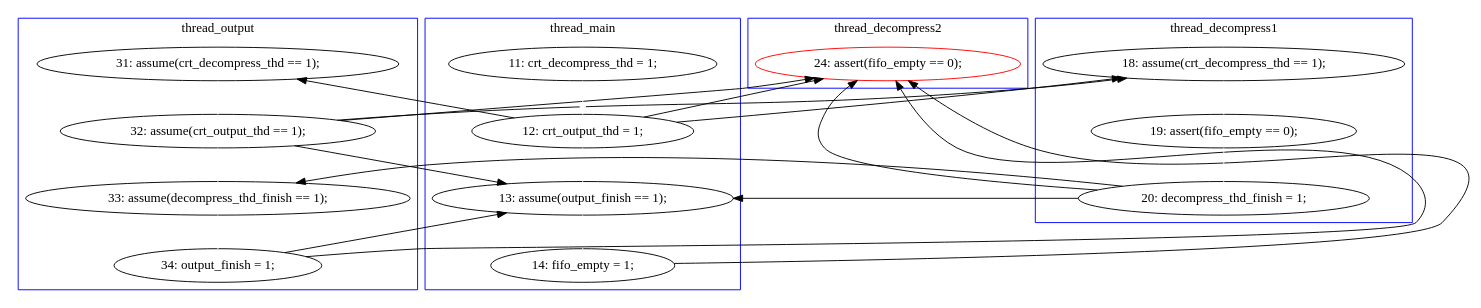
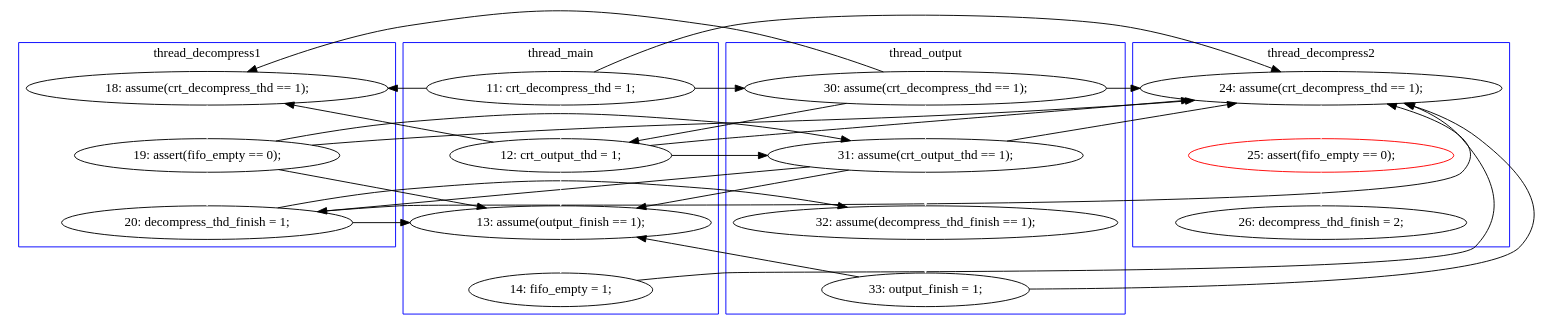
The diagram in pbzip2.mixed/B-1-graph-begin.dot (hylhp/cav14-model), drawn with Graphviz before and after one commit. The commit also changed 23 other files, not shown here.

```diff
--- a/pbzip2.mixed/B-1-graph-begin.dot
+++ b/pbzip2.mixed/B-1-graph-begin.dot
@@ -1,50 +1,63 @@
 digraph Counterexample {
-	12 -> 14 [color = white, style = solid]
-	10 -> 12 [color = black, style = solid, constraint = false]
+	22 -> 23 [color = black, style = solid, constraint = false]
+	18 -> 21 [color = black, style = solid, constraint = false]
+	20 -> 21 [color = black, style = solid, constraint = false]
+	11 -> 17 [color = white, style = solid]
+	11 -> 12 [color = black, style = solid, constraint = false]
+	20 -> 23 [color = black, style = solid, constraint = false]
 	17 -> 23 [color = black, style = solid, constraint = false]
-	14 -> 23 [color = black, style = solid, constraint = false]
-	10 -> 32 [color = black, style = solid, constraint = false]
-	14 -> 15 [color = black, style = solid, constraint = false]
-	20 -> 23 [color = black, style = solid, constraint = false]
-	25 -> 32 [color = black, style = solid, constraint = false]
-	17 -> 32 [color = black, style = solid, constraint = false]
+	17 -> 19 [color = white, style = solid]
 	19 -> 20 [color = white, style = solid]
-	16 -> 17 [color = white, style = solid]
-	14 -> 32 [color = black, style = solid, constraint = false]
-	20 -> 32 [color = black, style = solid, constraint = false]
-	15 -> 16 [color = white, style = solid]
+	9 -> 11 [color = black, style = solid, constraint = false]
+	16 -> 18 [color = white, style = solid]
+	17 -> 21 [color = black, style = solid, constraint = false]
+	18 -> 23 [color = black, style = solid, constraint = false]
+	16 -> 17 [color = black, style = solid, constraint = false]
+	17 -> 18 [color = black, style = solid, constraint = false]
 	23 -> 25 [color = white, style = solid]
-	17 -> 19 [color = black, style = solid, constraint = false]
-	10 -> 23 [color = white, style = solid]
-	9 -> 10 [color = white, style = solid]
-	10 -> 15 [color = black, style = solid, constraint = false]
-	14 -> 19 [color = white, style = solid]
-	subgraph cluster1 {
-		label = thread_main
-		color = blue
-		23  [label = "13: assume(output_finish == 1);"]
-		9  [label = "11: crt_decompress_thd = 1;"]
-		10  [label = "12: crt_output_thd = 1;"]
-		25  [label = "14: fifo_empty = 1;"]
-	}
+	9 -> 23 [color = black, style = solid, constraint = false]
+	16 -> 21 [color = black, style = solid, constraint = false]
+	25 -> 28 [color = white, style = solid]
+	12 -> 17 [color = black, style = solid, constraint = false]
+	12 -> 23 [color = black, style = solid, constraint = false]
+	14 -> 16 [color = white, style = solid]
+	9 -> 12 [color = white, style = solid]
+	12 -> 14 [color = black, style = solid, constraint = false]
+	21 -> 22 [color = white, style = solid]
+	9 -> 14 [color = black, style = solid, constraint = false]
+	11 -> 14 [color = black, style = solid, constraint = false]
+	11 -> 23 [color = black, style = solid, constraint = false]
+	12 -> 21 [color = white, style = solid]
+	18 -> 19 [color = black, style = solid, constraint = false]
+	16 -> 23 [color = black, style = solid, constraint = false]
 	subgraph cluster3 {
 		label = thread_decompress2
 		color = blue
-		32  [label = "24: assert(fifo_empty == 0);", color = red]
+		23  [label = "24: assume(crt_decompress_thd == 1);"]
+		25  [label = "25: assert(fifo_empty == 0);", color = red]
+		28  [label = "26: decompress_thd_finish = 2;"]
 	}
 	subgraph cluster2 {
 		label = thread_decompress1
 		color = blue
-		15  [label = "18: assume(crt_decompress_thd == 1);"]
+		18  [label = "20: decompress_thd_finish = 1;"]
+		14  [label = "18: assume(crt_decompress_thd == 1);"]
 		16  [label = "19: assert(fifo_empty == 0);"]
-		17  [label = "20: decompress_thd_finish = 1;"]
 	}
 	subgraph cluster4 {
 		label = thread_output
 		color = blue
-		14  [label = "32: assume(crt_output_thd == 1);"]
-		19  [label = "33: assume(decompress_thd_finish == 1);"]
-		20  [label = "34: output_finish = 1;"]
-		12  [label = "31: assume(crt_decompress_thd == 1);"]
+		19  [label = "32: assume(decompress_thd_finish == 1);"]
+		17  [label = "31: assume(crt_output_thd == 1);"]
+		11  [label = "30: assume(crt_decompress_thd == 1);"]
+		20  [label = "33: output_finish = 1;"]
+	}
+	subgraph cluster1 {
+		label = thread_main
+		color = blue
+		21  [label = "13: assume(output_finish == 1);"]
+		22  [label = "14: fifo_empty = 1;"]
+		9  [label = "11: crt_decompress_thd = 1;"]
+		12  [label = "12: crt_output_thd = 1;"]
 	}
 }
```
